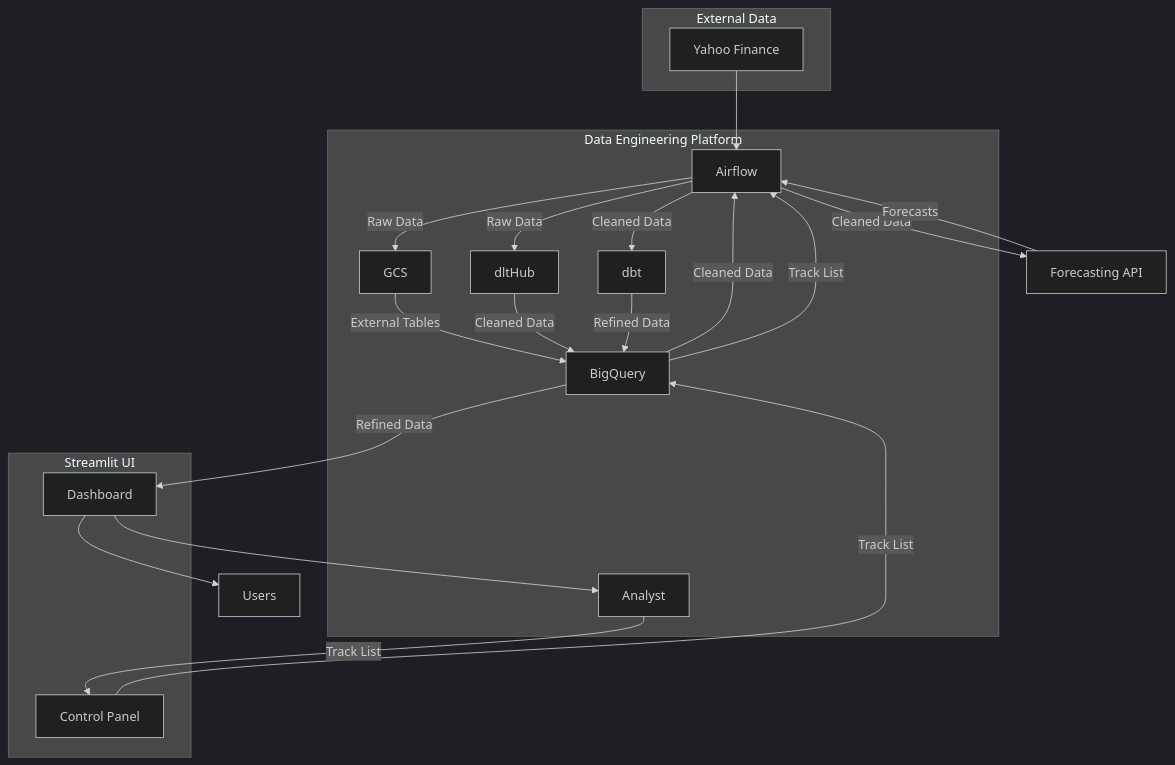
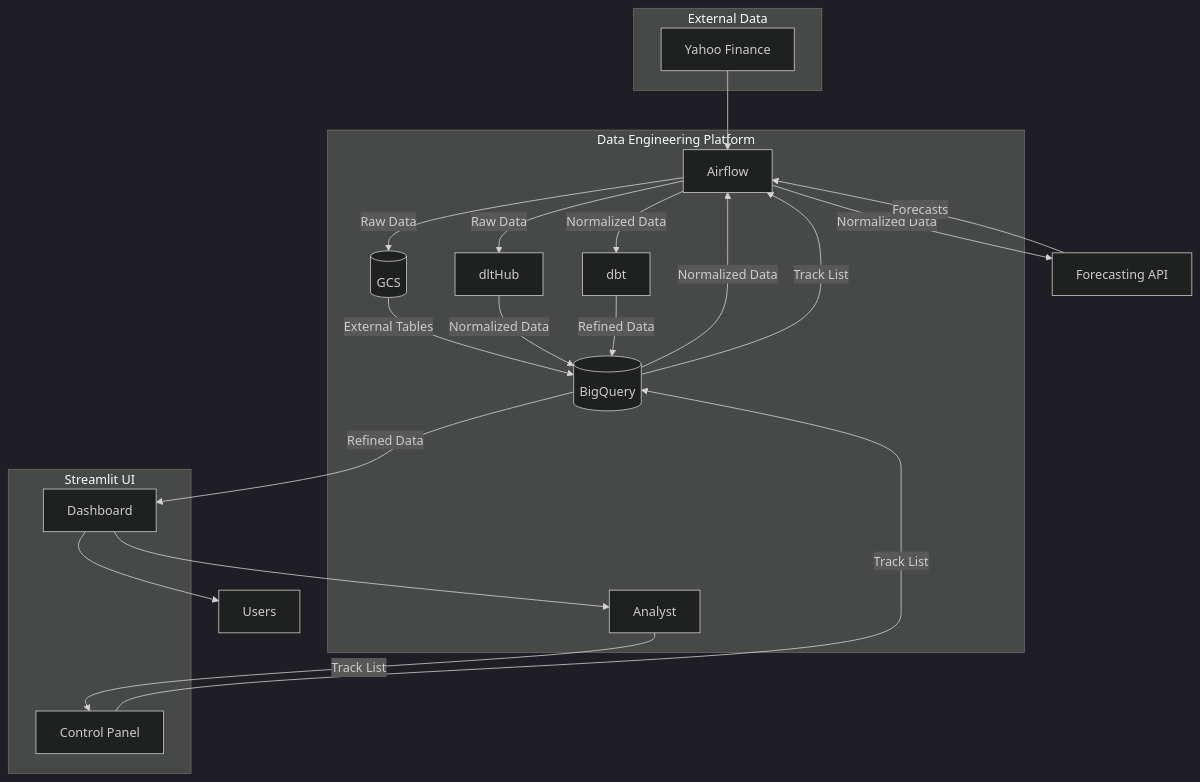
One commit to OnurKerimoglu/stocks_analytics changed the second of 2 diagrams in README.md. Above: the diagram before and after it, drawn with Mermaid. The commit also changed other lines of this file, not shown here.

Commit message:
README: added overall L2 architecture diagram; tightened wording

````diff
--- a/README.md
+++ b/README.md
@@ -19,37 +53,37 @@
 ```mermaid
 ---
 config:
   layout: dagre
   look: classic
   theme: dark
 ---
 flowchart TB
  subgraph Ext["External Data"]
         Yfinance["Yahoo Finance"]
   end
  subgraph APl["Data Engineering Platform"]
         Analyst["Analyst"]
         Af["Airflow"]
         dlt["dltHub"]
         dbt["dbt"]
-        DL["GCS"]
-        DWH["BigQuery"]
+        DL[("GCS")]
+        DWH[("BigQuery")]
   end
  subgraph Adashboard["Streamlit UI"]
         CP["Control Panel"]
         ADashboard["Dashboard"]
   end
 RAPI[Forecasting API]    
-DWH -- Cleaned Data --> Af
+DWH -- Normalized Data --> Af
 DWH -- Track List --> Af
 Af -- Raw Data --> DL -- External Tables --> DWH
-Af -- Raw Data --> dlt -- Cleaned Data --> DWH
-Af -- Cleaned Data --> dbt & RAPI
+Af -- Raw Data --> dlt -- Normalized Data --> DWH
+Af -- Normalized Data --> dbt & RAPI
 dbt -- Refined Data --> DWH
 Yfinance --> Af
 RAPI -- Forecasts --> Af
 DWH -- Refined Data --> ADashboard
 Analyst -- Track List --> CP
 CP -- Track List --> DWH
 ADashboard --> Users["Users"] & Analyst
 ```
````
